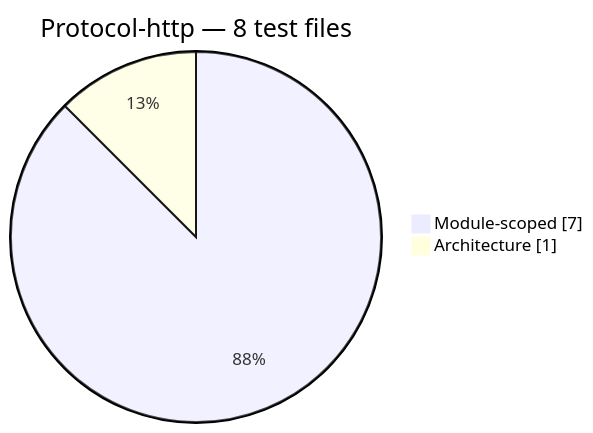
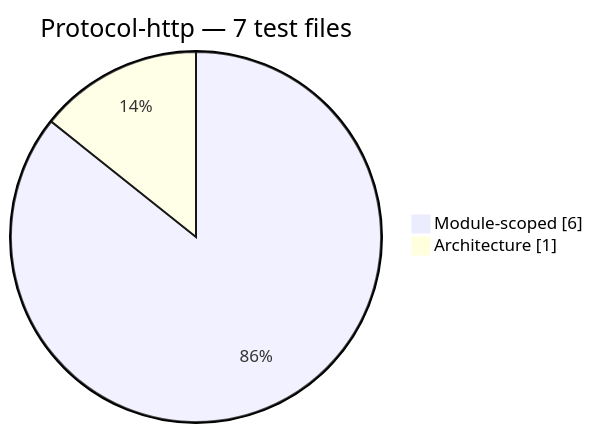
The ninth of 13 diagrams in docs/generated/test-composition.md (PHP-Arazzo/php-arazzo), drawn with Mermaid before and after one commit. The commit also changed other lines of this file and 247 other files, not shown here.

````diff
--- a/docs/generated/test-composition.md
+++ b/docs/generated/test-composition.md
@@ -130,6 +130,6 @@
 ```mermaid
 pie showData
-    title Protocol-http — 8 test files
-    "Module-scoped": 7
+    title Protocol-http — 7 test files
+    "Module-scoped": 6
     "Architecture": 1
 ```
````
